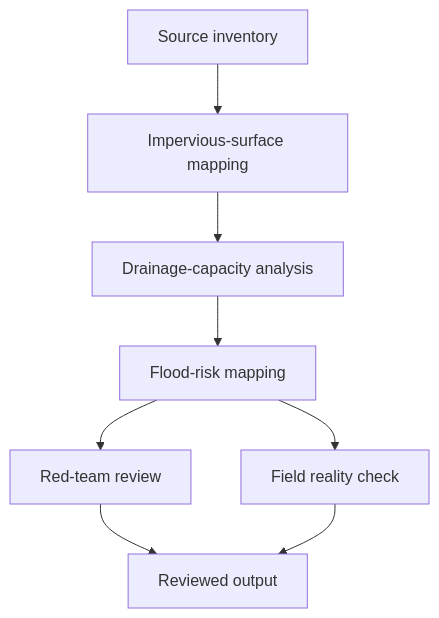
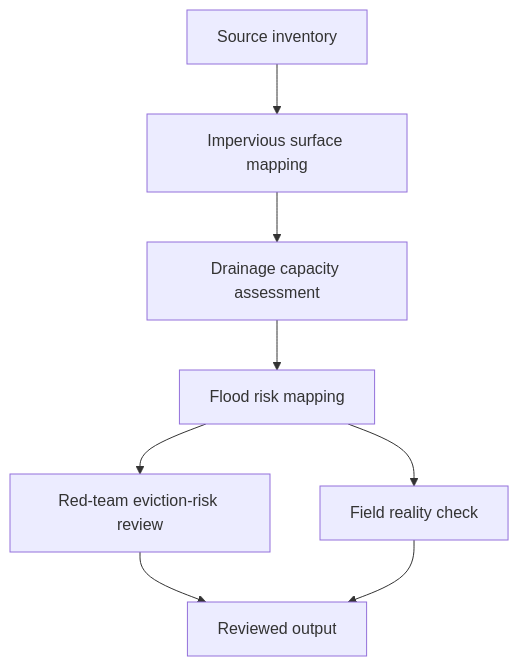
Before and after one commit to Open-Problem-Lab/open-problem-lab: the diagram in problem-packs/disaster-resilience/urban-flooding-south-asia/task-map.md, drawn with Mermaid. The commit also changed other lines of this file and 8 other files, not shown here.

````diff
--- a/problem-packs/disaster-resilience/urban-flooding-south-asia/task-map.md
+++ b/problem-packs/disaster-resilience/urban-flooding-south-asia/task-map.md
@@ -9,10 +9,10 @@
 ```mermaid
 flowchart TD
-  A["Source inventory"] --> B["Impervious-surface mapping"]
-  B --> C["Drainage-capacity analysis"]
-  C --> D["Flood-risk mapping"]
-  D --> E["Red-team review"]
+  A["Source inventory"] --> B["Impervious surface mapping"]
+  B --> C["Drainage capacity assessment"]
+  C --> D["Flood risk mapping"]
+  D --> E["Red-team eviction-risk review"]
   D --> F["Field reality check"]
   E --> G["Reviewed output"]
   F --> G
 ```
````
